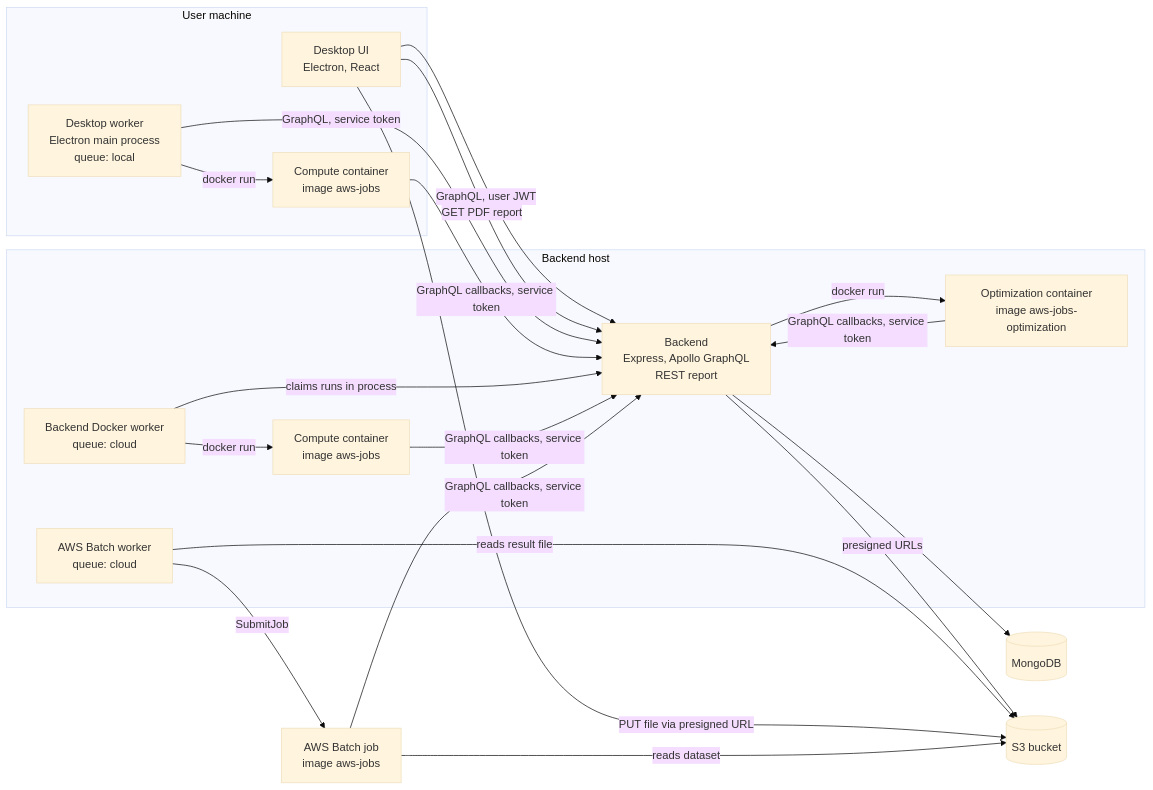
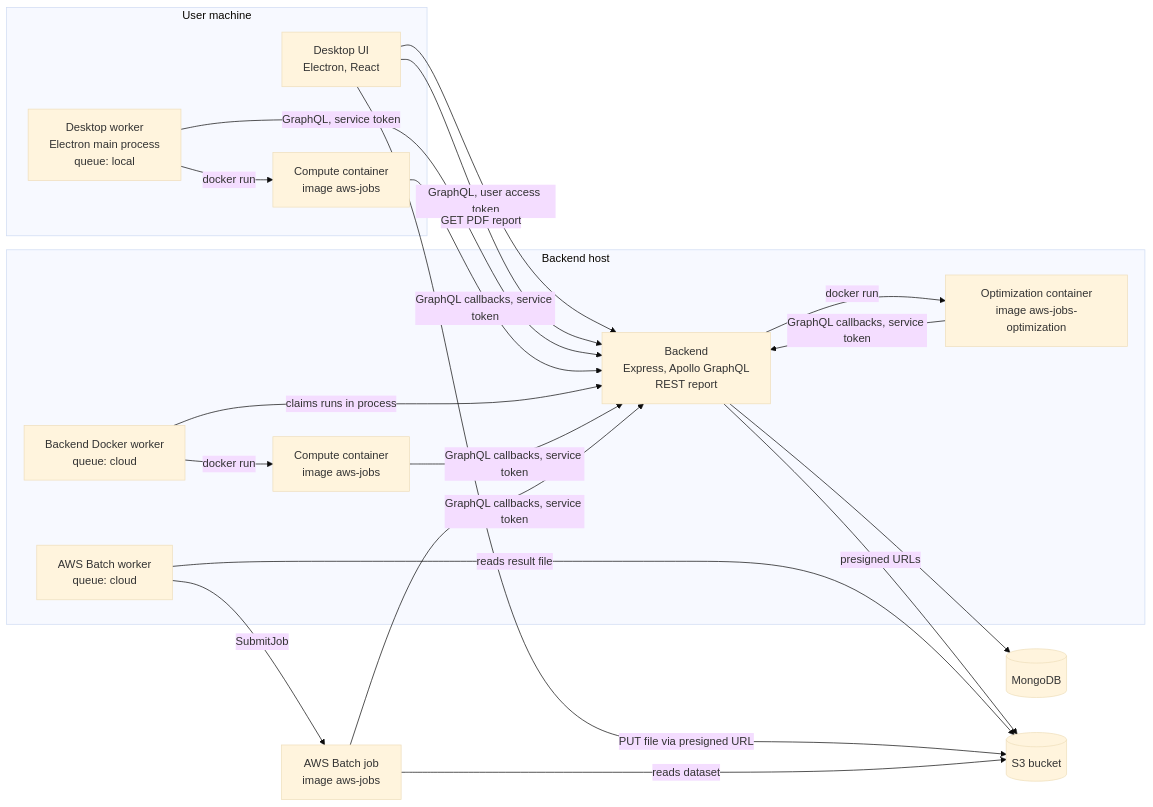
The diagram in docs/architecture/overview.md (tntu-stefanyshyn/classification-pipeline), drawn with Mermaid (base theme) before and after one commit. The commit also changed other lines of this file and 2 other files, not shown here.

Commit message:
docs(architecture): document the file deletion rule and the session collections
Review feedback: 'A file used by an experiment cannot be deleted' was too
broad. FileStore.remove detaches the file: deletion is refused while a
using experiment is computing or optimizing; otherwise the owner confirms
every own experiment that uses it (detachExperimentIds), after which
experiments.fileId is cleared and the S3 object and record are deleted.

Also bring the data model in line with main after the session refresh
change: add the sessions and refresh_tokens collections (ten in total),
their TTL indexes, and the access token wording in the overview.

````diff
--- a/docs/architecture/overview.md
+++ b/docs/architecture/overview.md
@@ -5,42 +5,42 @@
 ```mermaid
 flowchart LR
     subgraph host["User machine"]
         ui["Desktop UI<br/>Electron, React"]
         lw["Desktop worker<br/>Electron main process<br/>queue: local"]
         lc["Compute container<br/>image aws-jobs"]
     end
 
     subgraph srv["Backend host"]
         be["Backend<br/>Express, Apollo GraphQL<br/>REST report"]
         dw["Backend Docker worker<br/>queue: cloud"]
         cw["AWS Batch worker<br/>queue: cloud"]
         dc["Compute container<br/>image aws-jobs"]
         oc["Optimization container<br/>image aws-jobs-optimization"]
     end
 
     db[("MongoDB")]
     s3[("S3 bucket")]
     batch["AWS Batch job<br/>image aws-jobs"]
 
-    ui -->|"GraphQL, user JWT"| be
+    ui -->|"GraphQL, user access token"| be
     ui -->|"PUT file via presigned URL"| s3
     ui -->|"GET PDF report"| be
     be --> db
     be -->|"presigned URLs"| s3
 
     lw -->|"GraphQL, service token"| be
     lw -->|"docker run"| lc
     lc -->|"GraphQL callbacks, service token"| be
 
     dw -->|"claims runs in process"| be
     dw -->|"docker run"| dc
     dc -->|"GraphQL callbacks, service token"| be
 
     cw -->|"SubmitJob"| batch
     batch -->|"GraphQL callbacks, service token"| be
     batch -->|"reads dataset"| s3
     cw -->|"reads result file"| s3
 
     be -->|"docker run"| oc
     oc -->|"GraphQL callbacks, service token"| be
 ```
````
